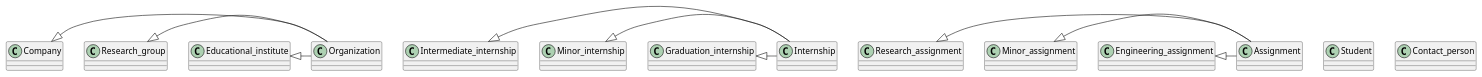
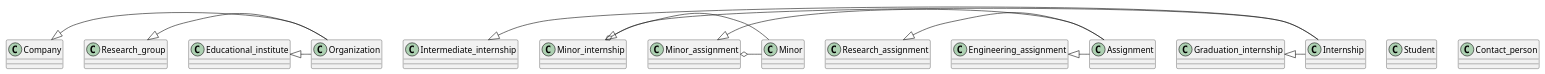
Before and after one commit to JoiningwithMattheus/Week1: the diagram in Week3/ClassDiagram.puml, drawn with PlantUML.

Commit message:
Update ClassDiagram.puml
added minor

```diff
--- a/Week3/ClassDiagram.puml
+++ b/Week3/ClassDiagram.puml
@@ -1,68 +1,73 @@
 @startuml SIS
 
 class Organization {
 
 }
 
 class Company {
 
 }
 Company <|- Organization
 
 class Research_group{
 
 }
 Research_group <|- Organization
 
 class Educational_institute{
 
 }
 Educational_institute <|- Organization
 
 class Internship {
 
 }
 
 class Intermediate_internship {
 
 }
 Intermediate_internship <|- Internship
 
 class Minor_internship {
 
 }
 Minor_internship <|- Internship
+Minor_internship o- Minor
 
 class Graduation_internship {
 
 }
 Graduation_internship <|- Internship
 
 class Assignment {
 
 }
 
 class Research_assignment {
 
 }
 Research_assignment <|- Assignment
 
 class Minor_assignment {
 
 }
 Minor_assignment <|- Assignment
+Minor_assignment o- Minor
 
 class Engineering_assignment {
 
 }
 Engineering_assignment <|- Assignment
 
 class Student {
 
 }
 
 class Contact_person {
-    
+
 }
 
+class Minor {
+
+}
 @enduml
```
